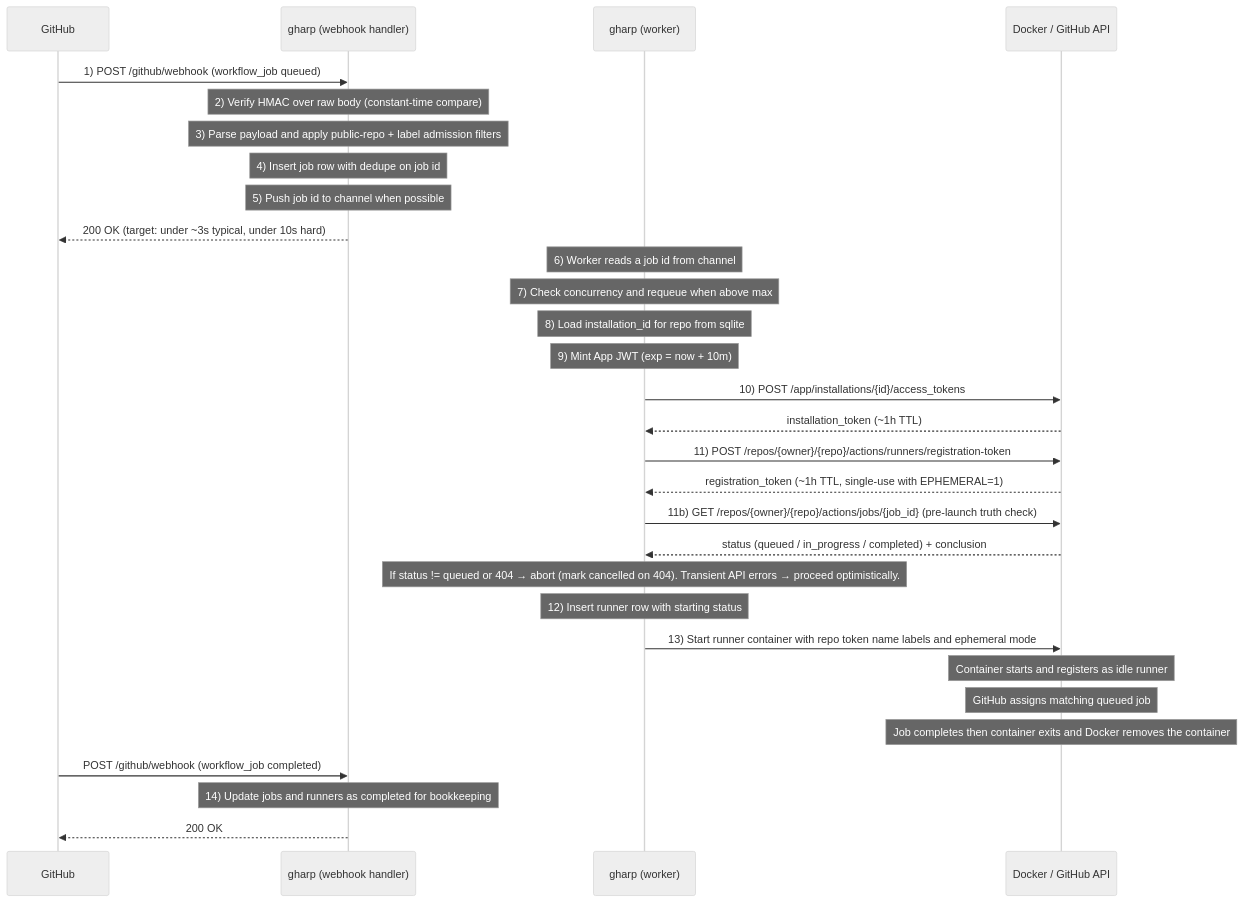
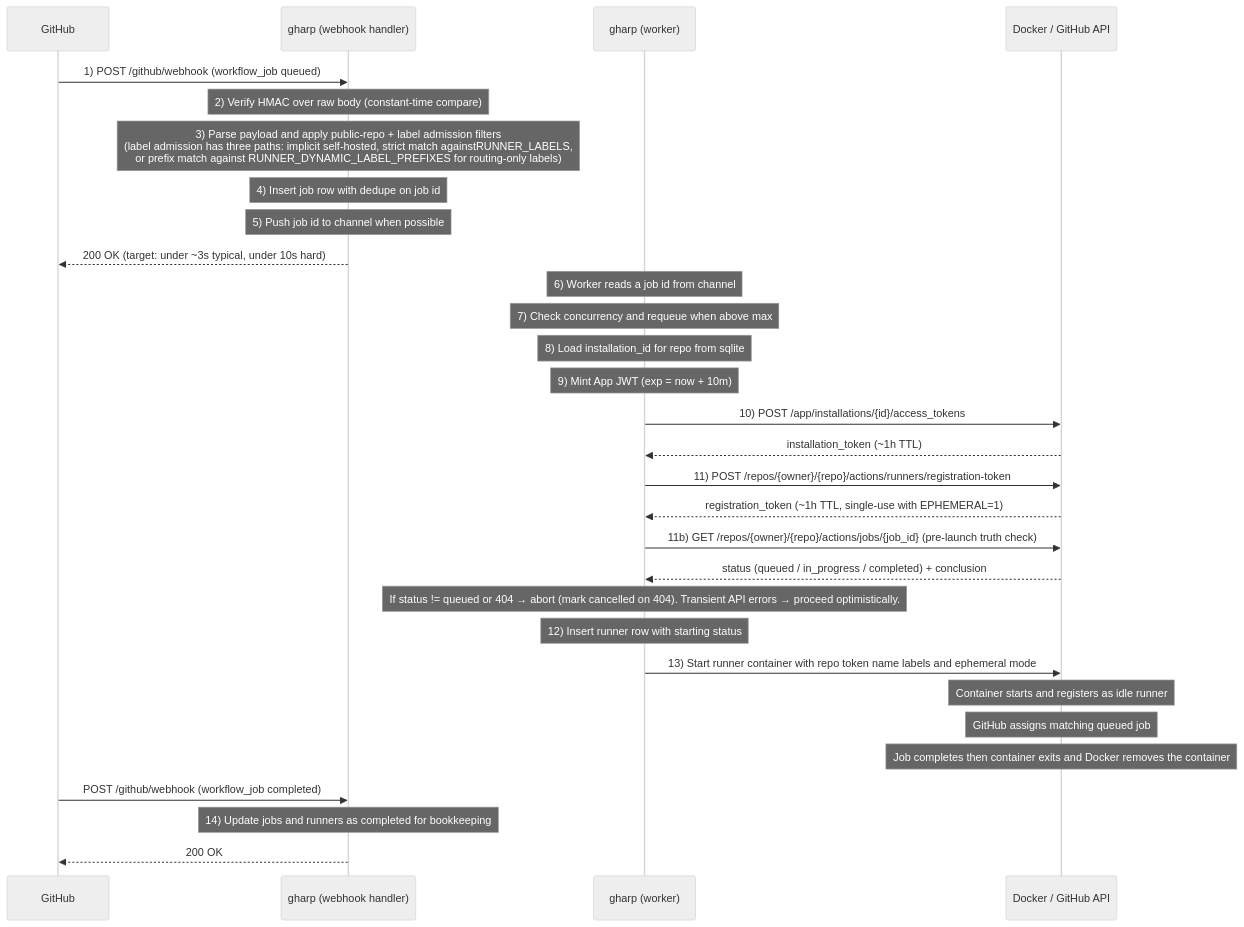
Before and after one commit to muhac/actions-runner-pool: the first of 2 diagrams in docs/architecture.md, drawn with Mermaid (neutral theme). The commit also changed other lines of this file and 2 other files, not shown here.

Commit message:
docs(labels): expand dynamic label prefix guidance (#53)
* docs(labels): expand dynamic label prefix guidance

Document the per-job assignment race that dynamic labels solve, and
delineate routing-only prefixes from capability labels so users do not
misuse the escape hatch.

- deploy.md: troubleshooting entry for parallel jobs running serially
  or one runner picking up a job meant for another, pointing at a
  per-job gharp-* label as the fix.
- configuration.md: new "Picking dynamic label prefixes" section
  covering the supported use case and two common misuses (declaring
  capabilities through the prefix; widening the prefix to a generic
  namespace).
- architecture.md: clarify in the webhook sequence diagram that label
  admission has two paths (strict RUNNER_LABELS match vs prefix match
  against RUNNER_DYNAMIC_LABEL_PREFIXES).

* docs(architecture): document implicit self-hosted label admission

* Correct label admission filters description

Fix formatting issue in architecture document.

---------

````diff
--- a/docs/architecture.md
+++ b/docs/architecture.md
@@ -160,39 +160,39 @@
 ```mermaid
 sequenceDiagram
     participant GH as GitHub
     participant WH as gharp (webhook handler)
     participant WK as gharp (worker)
     participant DK as Docker / GitHub API
 
   GH->>WH: 1) POST /github/webhook (workflow_job queued)
     Note over WH: 2) Verify HMAC over raw body (constant-time compare)
-  Note over WH: 3) Parse payload and apply public-repo + label admission filters
+  Note over WH: 3) Parse payload and apply public-repo + label admission filters<br/>(label admission has three paths: implicit self-hosted, strict match againstRUNNER_LABELS,<br/>or prefix match against RUNNER_DYNAMIC_LABEL_PREFIXES for routing-only labels)
   Note over WH: 4) Insert job row with dedupe on job id
   Note over WH: 5) Push job id to channel when possible
   WH-->>GH: 200 OK (target: under ~3s typical, under 10s hard)
 
     Note over WK: 6) Worker reads a job id from channel
     Note over WK: 7) Check concurrency and requeue when above max
     Note over WK: 8) Load installation_id for repo from sqlite
     Note over WK: 9) Mint App JWT (exp = now + 10m)
 
     WK->>DK: 10) POST /app/installations/{id}/access_tokens
     DK-->>WK: installation_token (~1h TTL)
 
     WK->>DK: 11) POST /repos/{owner}/{repo}/actions/runners/registration-token
     DK-->>WK: registration_token (~1h TTL, single-use with EPHEMERAL=1)
 
     WK->>DK: 11b) GET /repos/{owner}/{repo}/actions/jobs/{job_id} (pre-launch truth check)
     DK-->>WK: status (queued / in_progress / completed) + conclusion
     Note over WK: If status != queued or 404 → abort (mark cancelled on 404). Transient API errors → proceed optimistically.
 
     Note over WK: 12) Insert runner row with starting status
     WK->>DK: 13) Start runner container with repo token name labels and ephemeral mode
     Note over DK: Container starts and registers as idle runner
     Note over DK: GitHub assigns matching queued job
     Note over DK: Job completes then container exits and Docker removes the container
 
     GH->>WH: POST /github/webhook (workflow_job completed)
     Note over WH: 14) Update jobs and runners as completed for bookkeeping
     WH-->>GH: 200 OK
 ```
````
